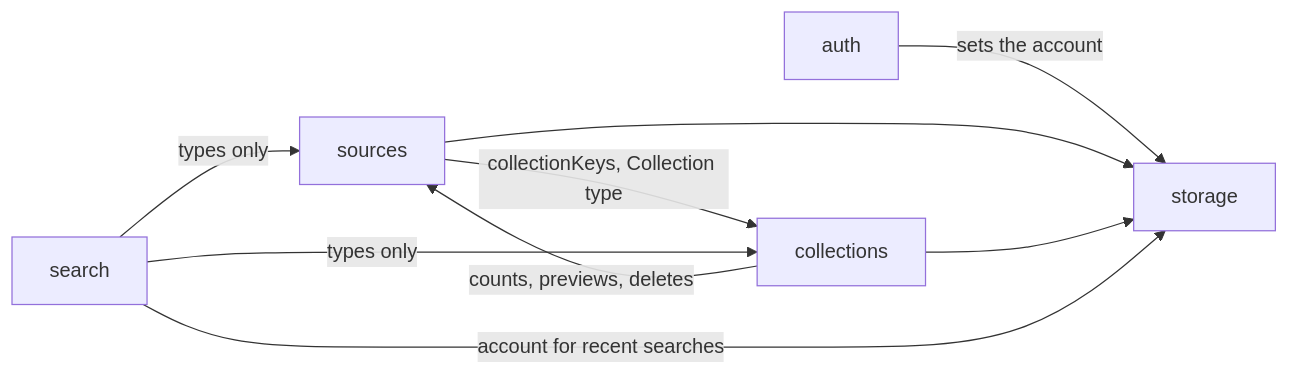
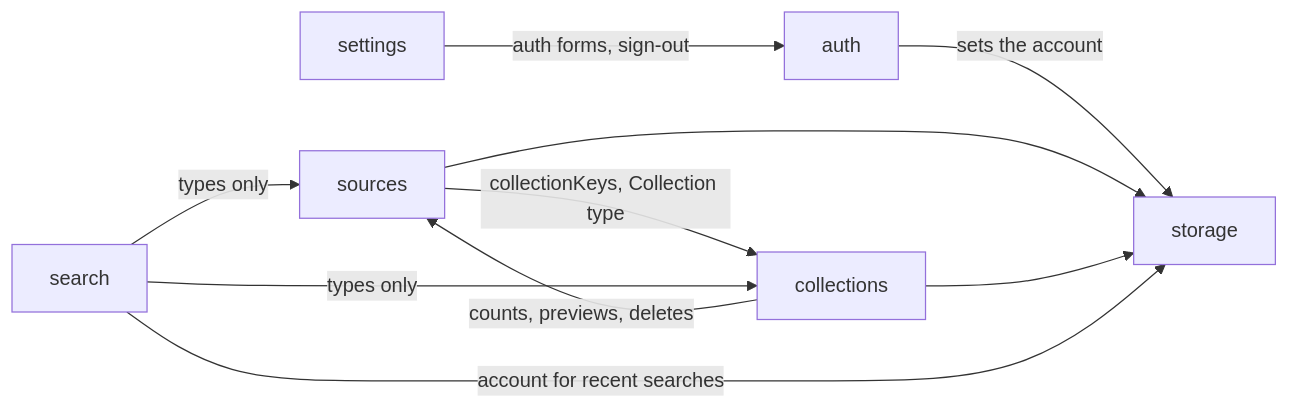
The diagram in apps/web/ARCHITECTURE.md (kun1225/mado), drawn with Mermaid before and after one commit. The commit also changed other lines of this file and 25 other files, not shown here.

First line of the commit message:
feat: add settings panel with sign-in, sign-up and sign-out

````diff
--- a/apps/web/ARCHITECTURE.md
+++ b/apps/web/ARCHITECTURE.md
@@ -25,11 +25,12 @@
 ```mermaid
 graph LR
   auth -->|sets the account| storage
+  settings -->|auth forms, sign-out| auth
   sources --> storage
   collections --> storage
   sources -->|collectionKeys, Collection type| collections
   collections -->|counts, previews, deletes| sources
   search -->|types only| collections
   search -->|types only| sources
   search -->|account for recent searches| storage
 ```
````
